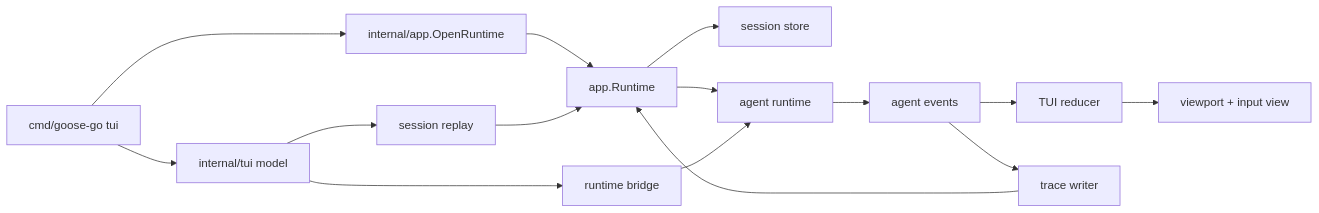
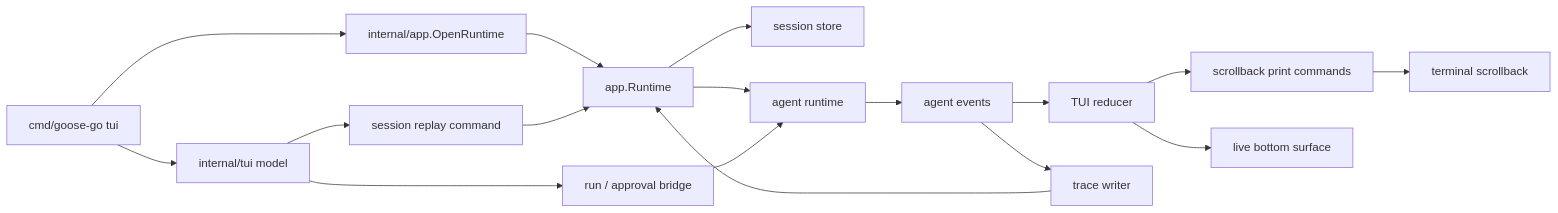
Before and after one commit to xren/goose-go: the second of 2 diagrams in internal/tui/ARCHITECTURE.md, drawn with Mermaid. The commit also changed other lines of this file and 46 other files, not shown here.

Commit message:
Refactor TUI for terminal scrollback

````diff
--- a/internal/tui/ARCHITECTURE.md
+++ b/internal/tui/ARCHITECTURE.md
@@ -87,17 +82,23 @@
 ```mermaid
 flowchart LR
     A["cmd/goose-go tui"] --> B["internal/app.OpenRuntime"]
     B --> C["app.Runtime"]
     C --> D["session store"]
     C --> E["agent runtime"]
+
     A --> F["internal/tui model"]
-    F --> G["session replay"]
+    F --> G["session replay command"]
     G --> C
-    F --> H["runtime bridge"]
+
+    F --> H["run / approval bridge"]
     H --> E
     E --> I["agent events"]
+
     I --> J["TUI reducer"]
-    J --> K["viewport + input view"]
-    I --> L["trace writer"]
-    L --> C
+    J --> K["scrollback print commands"]
+    J --> L["live bottom surface"]
+
+    K --> M["terminal scrollback"]
+    I --> N["trace writer"]
+    N --> C
 ```
````
